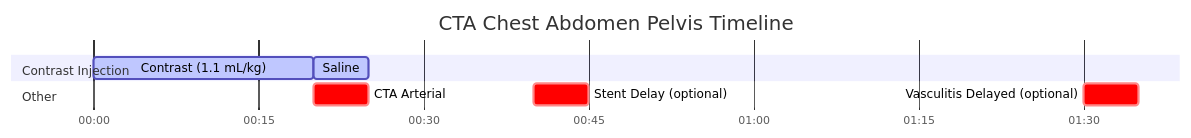
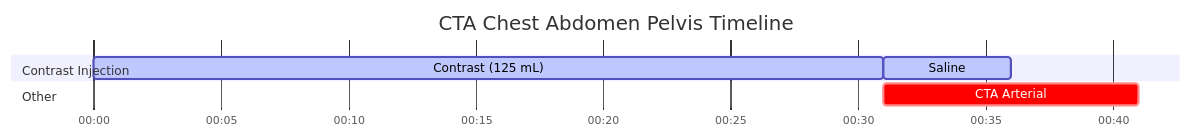
Before and after one commit to dfergs93/radiology-protocols: the diagram in docs/ct/vascular/cta-chest-abdomen-pelvis.md, drawn with Mermaid. The commit also changed other lines of this file and 85 other files, not shown here.

Commit message:
Regenerate protocol markdown files with acquisition-diagram placeholder

````diff
--- a/docs/ct/vascular/cta-chest-abdomen-pelvis.md
+++ b/docs/ct/vascular/cta-chest-abdomen-pelvis.md
@@ -88,20 +85,18 @@
   ```mermaid
   ---
   displayMode: compact
   config:
     theme: default
     themeCSS: " #Saline{ fill: #4ed5ff; stroke: #2094f3; } "
   ---
     gantt
       title CTA Chest Abdomen Pelvis Timeline
       dateFormat mm:ss
       axisFormat %M:%S 
       
       section Contrast Injection
-      Contrast (1.1 mL/kg)    :active, contrast, 00:00, 20s
+      Contrast (125 mL)    :active, contrast, 00:00, 31s
       Saline          :active, saline, after contrast, 5s
       section Other
-      CTA Arterial    :crit, scan1, after contrast, 5s
-      Stent Delay (optional)    :crit, scan2, 00:40, 5s
-      Vasculitis Delayed (optional)    :crit, scan3, 01:30, 5s
+      CTA Arterial    :crit, scan1, after contrast, 10s
   ```
````
